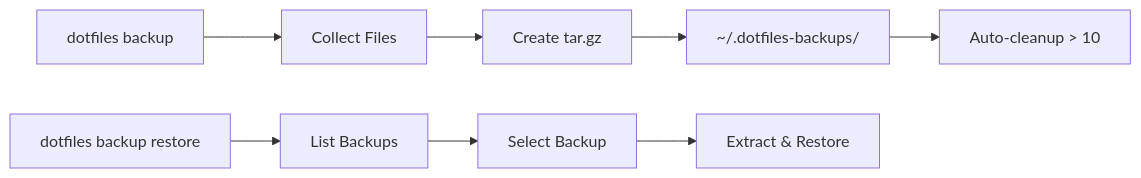
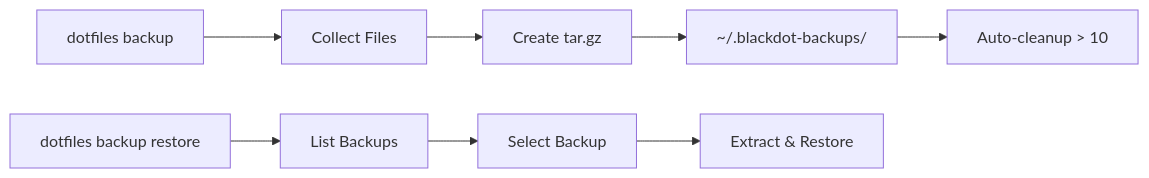
The ninth of 10 diagrams in docs/architecture.md (blackwell-systems/blackdot), drawn with Mermaid before and after one commit. The commit also changed other lines of this file and 46 other files, not shown here.

````diff
--- a/docs/architecture.md
+++ b/docs/architecture.md
@@ -605,11 +605,11 @@
 ```mermaid
 flowchart LR
     A[dotfiles backup] --> B[Collect Files]
     B --> C[Create tar.gz]
-    C --> D[~/.dotfiles-backups/]
+    C --> D[~/.blackdot-backups/]
     D --> E[Auto-cleanup > 10]
 
     F[dotfiles backup restore] --> G[List Backups]
     G --> H[Select Backup]
     H --> I[Extract & Restore]
 ```
````
